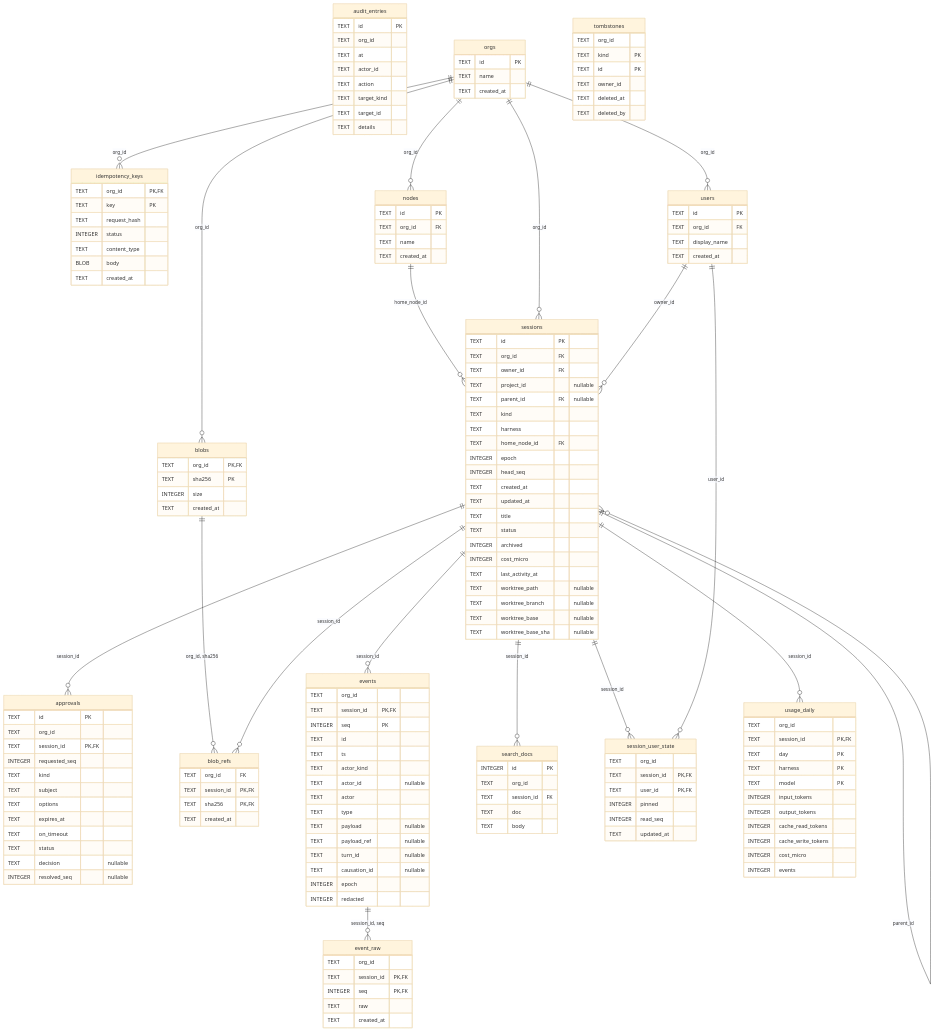
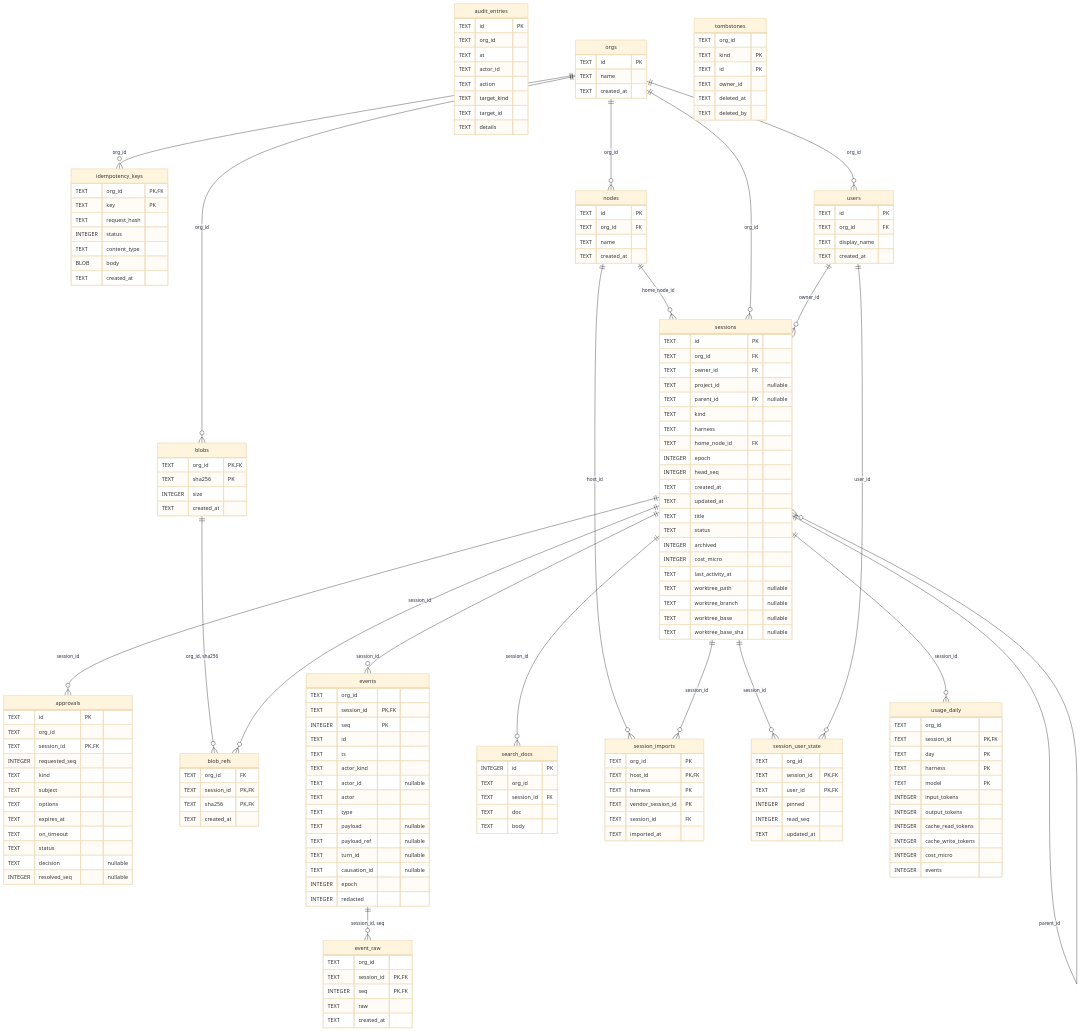
The diagram in docs/generated/er-diagram.md (ifahrentholz/beton), drawn with Mermaid (base theme) before and after one commit. The commit also changed other lines of this file and 25 other files, not shown here.

```diff
--- a/docs/generated/er-diagram.md
+++ b/docs/generated/er-diagram.md
@@ -93,6 +93,14 @@
         TEXT doc
         TEXT body
     }
+    session_imports {
+        TEXT org_id PK
+        TEXT host_id PK,FK
+        TEXT harness PK
+        TEXT vendor_session_id PK
+        TEXT session_id FK
+        TEXT imported_at
+    }
     session_user_state {
         TEXT org_id
         TEXT session_id PK,FK
@@ -160,6 +168,8 @@
     orgs ||--o{ idempotency_keys : "org_id"
     orgs ||--o{ nodes : "org_id"
     sessions ||--o{ search_docs : "session_id"
+    nodes ||--o{ session_imports : "host_id"
+    sessions ||--o{ session_imports : "session_id"
     sessions ||--o{ session_user_state : "session_id"
     users ||--o{ session_user_state : "user_id"
     nodes ||--o{ sessions : "home_node_id"
```
